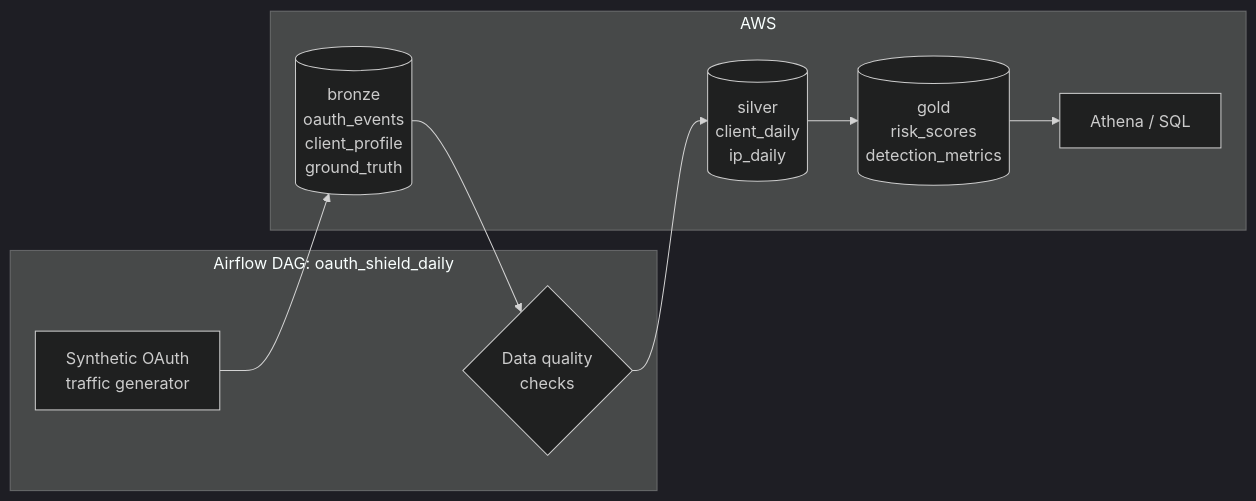
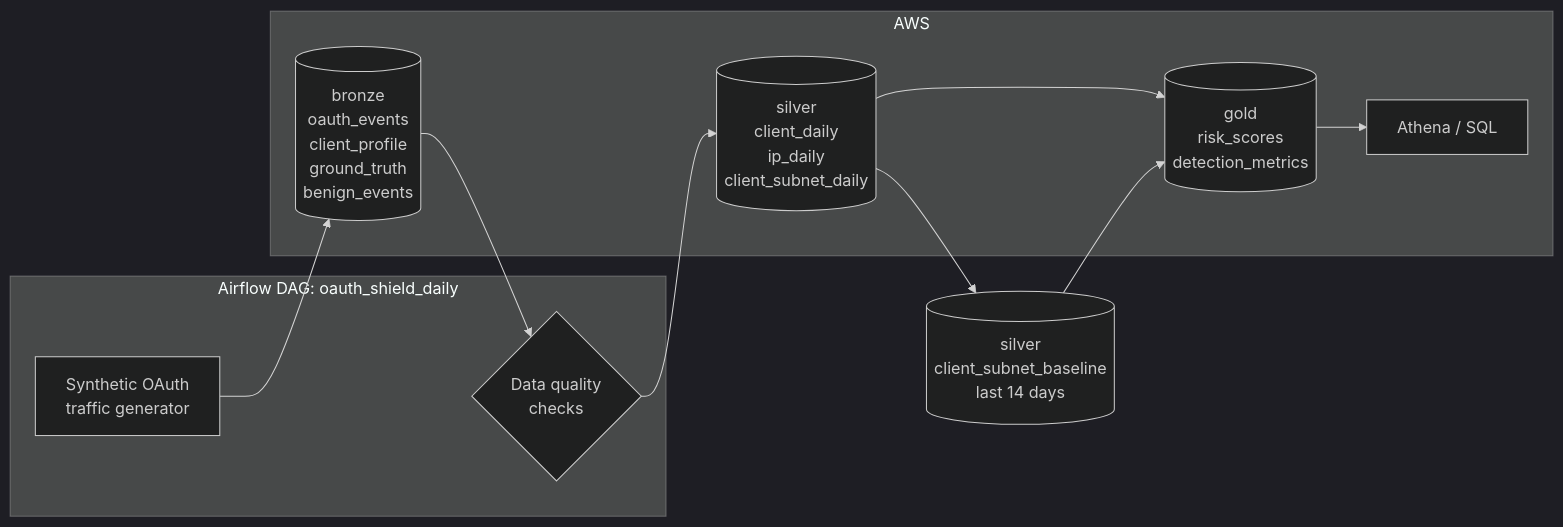
One commit to guedesdaniel/oauth-shield-pipeline changed the diagram in README.md. Above: the diagram before and after it, drawn with Mermaid (dark theme). The commit also changed other lines of this file, not shown here.

````diff
--- a/README.md
+++ b/README.md
@@ -21,18 +21,20 @@
 ```mermaid
 flowchart LR
-    G[Synthetic OAuth<br/>traffic generator] --> B[(bronze<br/>oauth_events<br/>client_profile<br/>ground_truth)]
+    G[Synthetic OAuth<br/>traffic generator] --> B[(bronze<br/>oauth_events<br/>client_profile<br/>ground_truth<br/>benign_events)]
     B --> Q{Data quality<br/>checks}
-    Q --> S[(silver<br/>client_daily<br/>ip_daily)]
+    Q --> S[(silver<br/>client_daily<br/>ip_daily<br/>client_subnet_daily)]
+    S --> L[(silver<br/>client_subnet_baseline<br/>last 14 days)]
     S --> R[(gold<br/>risk_scores<br/>detection_metrics)]
+    L --> R
     R --> A[Athena / SQL]
     subgraph Airflow DAG: oauth_shield_daily
         G
         Q
     end
     subgraph AWS
         B
         S
         R
         A
     end
 ```
````
